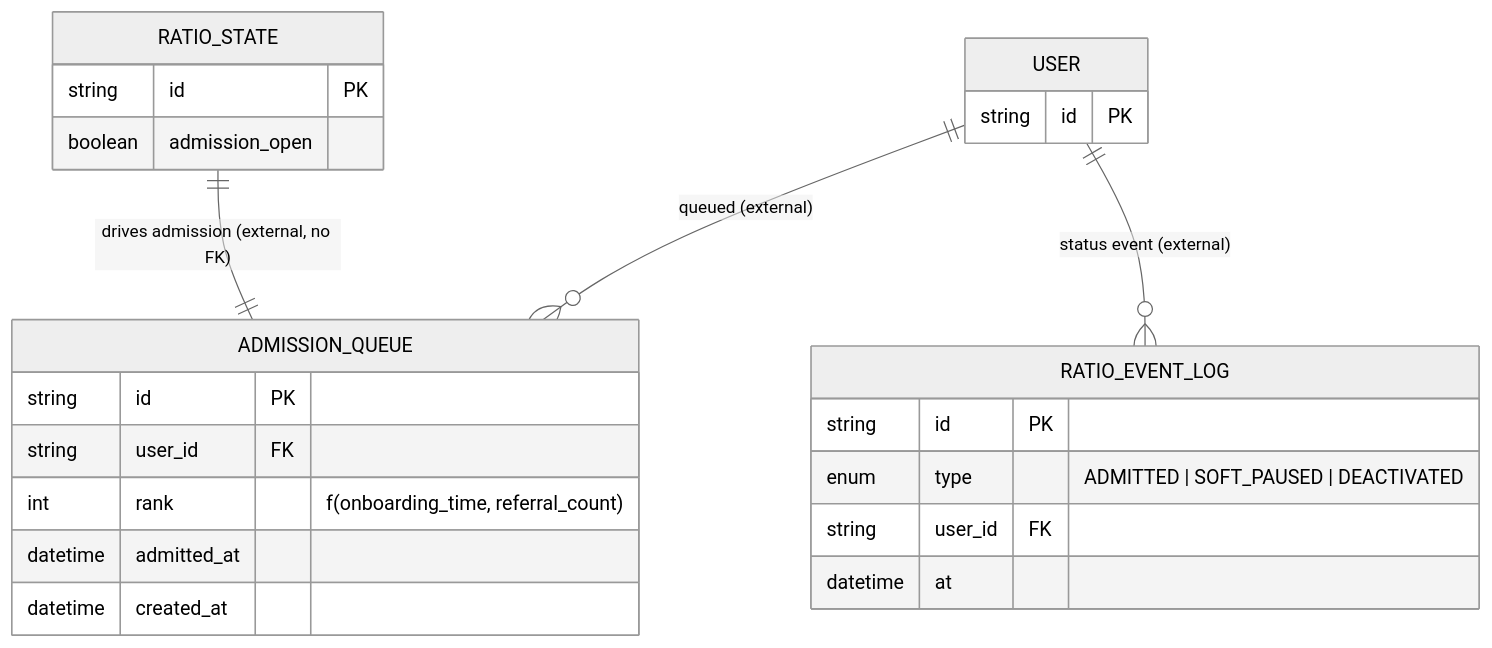
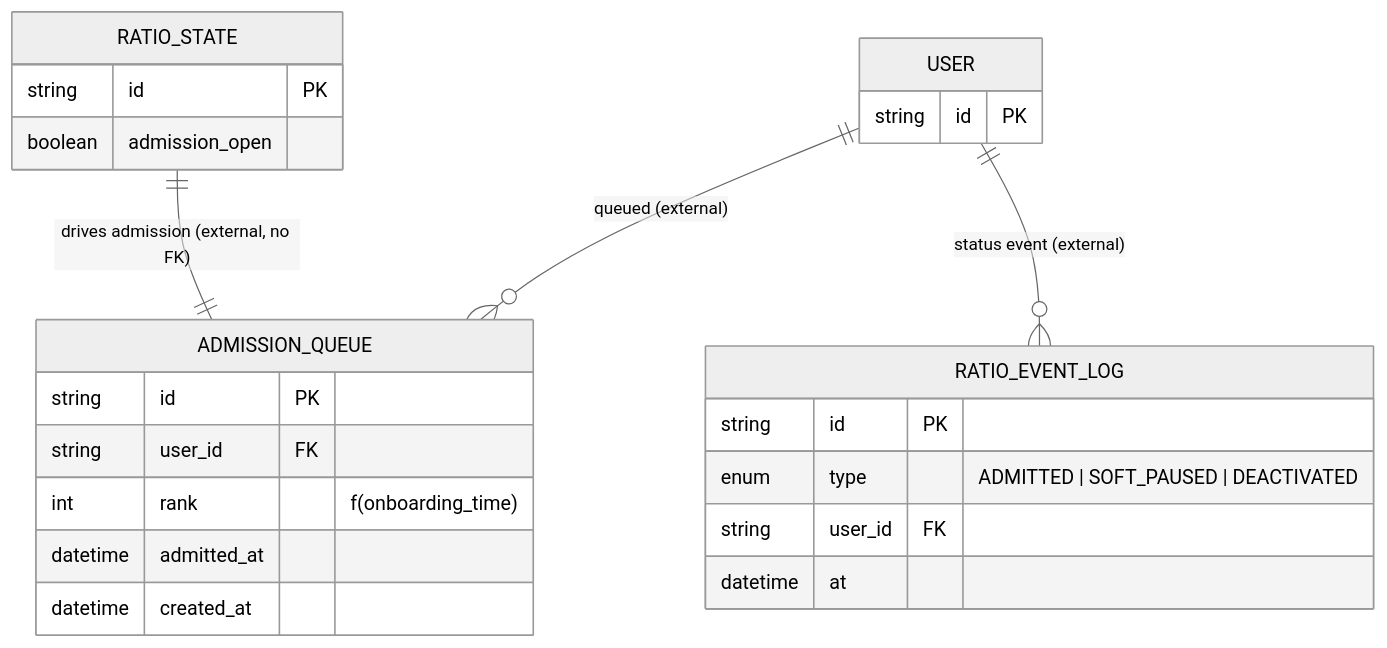
Before and after one commit to cheetah-org/fold-design: the third of 8 diagrams in entities/er-diagram.md, drawn with Mermaid (neutral theme). The commit also changed other lines of this file and 1 other file, not shown here.

Commit message:
remove referral code feature, add interService comm. design

````diff
--- a/entities/er-diagram.md
+++ b/entities/er-diagram.md
@@ -299,31 +275,31 @@
 ```mermaid
 erDiagram
     %% Owned entities
     ADMISSION_QUEUE {
         string id PK
         string user_id FK
-        int rank "f(onboarding_time, referral_count)"
+        int rank "f(onboarding_time)"
         datetime admitted_at
         datetime created_at
     }
     RATIO_EVENT_LOG {
         string id PK
         enum type "ADMITTED | SOFT_PAUSED | DEACTIVATED"
         string user_id FK
         datetime at
     }
 
     %% External references (owned by User / Analytics Service)
     USER {
         string id PK
     }
     RATIO_STATE {
         string id PK
         boolean admission_open
     }
 
     %% Relationships
     USER ||--o{ ADMISSION_QUEUE : "queued (external)"
     USER ||--o{ RATIO_EVENT_LOG : "status event (external)"
     RATIO_STATE ||--|| ADMISSION_QUEUE : "drives admission (external, no FK)"
 ```
````
